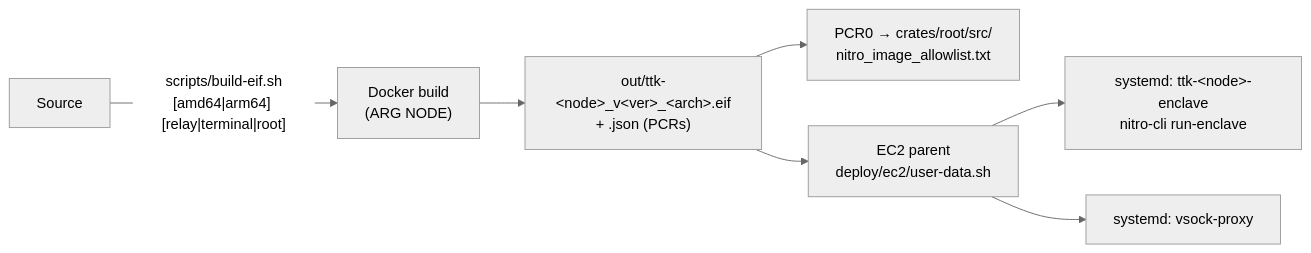
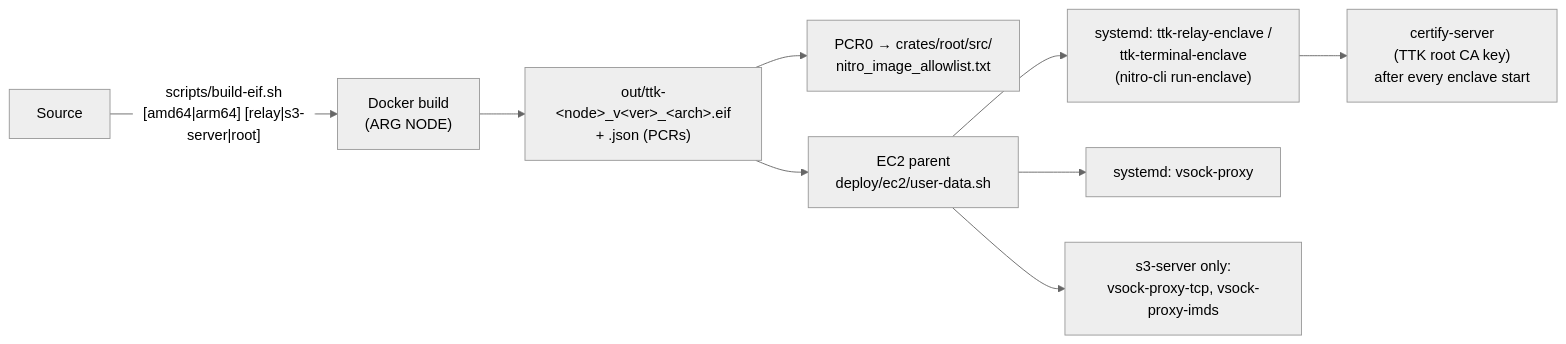
Before and after one commit to Lanetus/TTKServer: diagram 11 of 11 in docs/src/ARCHITECTURE.md, drawn with Mermaid (neutral theme). The commit also changed other lines of this file and 14 other files, not shown here.

First line of the commit message:
feat: update the mdBook architecture docs to the current workspace (#94)

````diff
--- a/docs/src/ARCHITECTURE.md
+++ b/docs/src/ARCHITECTURE.md
@@ -478,9 +575,11 @@
 ```mermaid
 flowchart LR
-    src["Source"] -- "scripts/build-eif.sh<br/>[amd64|arm64] [relay|terminal|root]" --> docker["Docker build<br/>(ARG NODE)"]
+    src["Source"] -- "scripts/build-eif.sh<br/>[amd64|arm64] [relay|s3-server|root]" --> docker["Docker build<br/>(ARG NODE)"]
     docker --> eif["out/ttk-&lt;node&gt;_v&lt;ver&gt;_&lt;arch&gt;.eif<br/>+ .json (PCRs)"]
     eif --> allow["PCR0 → crates/root/src/<br/>nitro_image_allowlist.txt"]
     eif --> ec2["EC2 parent<br/>deploy/ec2/user-data.sh"]
-    ec2 --> u1["systemd: ttk-&lt;node&gt;-enclave<br/>nitro-cli run-enclave"]
+    ec2 --> u1["systemd: ttk-relay-enclave /<br/>ttk-terminal-enclave<br/>(nitro-cli run-enclave)"]
     ec2 --> u2["systemd: vsock-proxy"]
+    ec2 --> u3["s3-server only:<br/>vsock-proxy-tcp, vsock-proxy-imds"]
+    u1 --> auth["certify-server<br/>(TTK root CA key)<br/>after every enclave start"]
 ```
````
